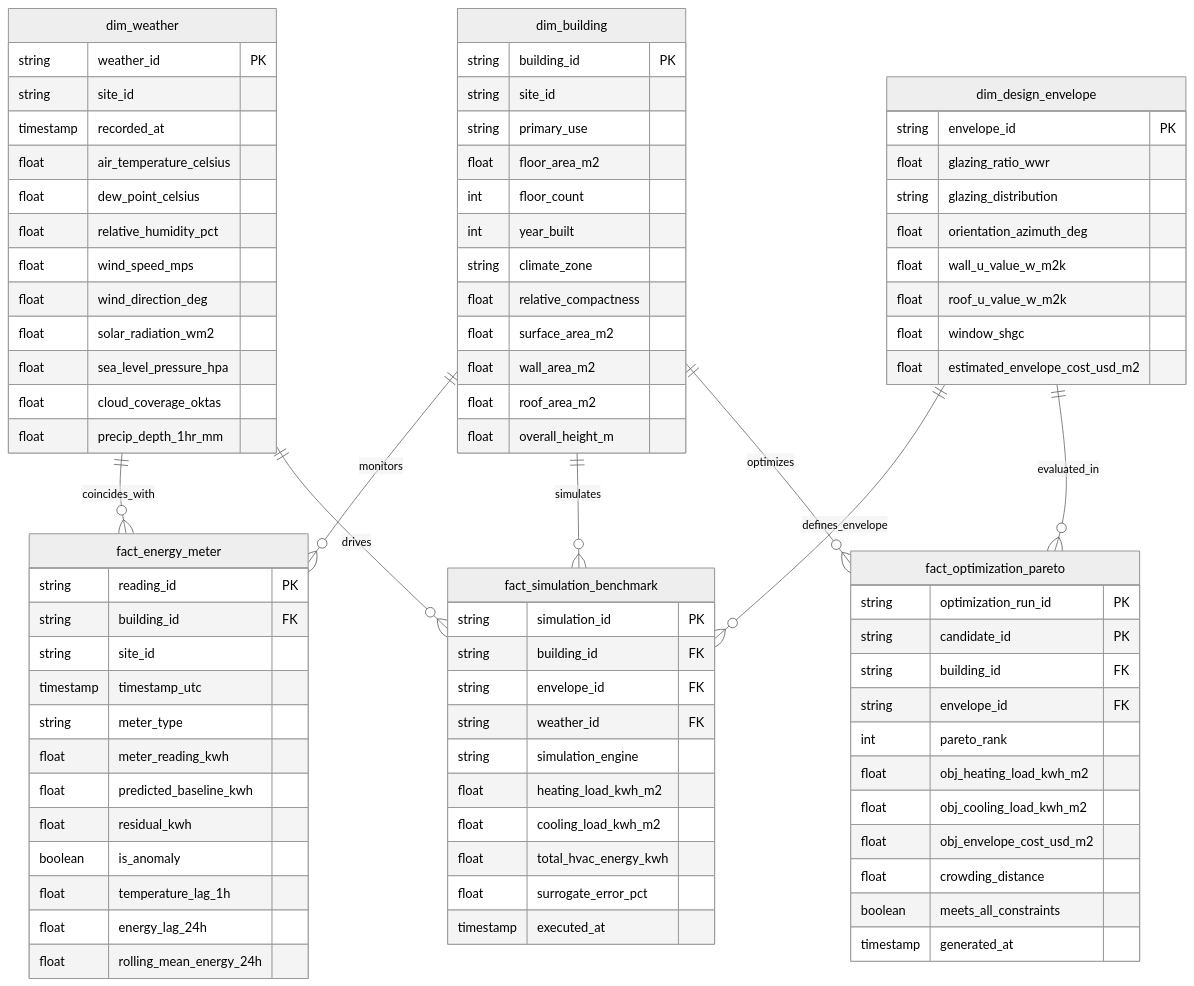
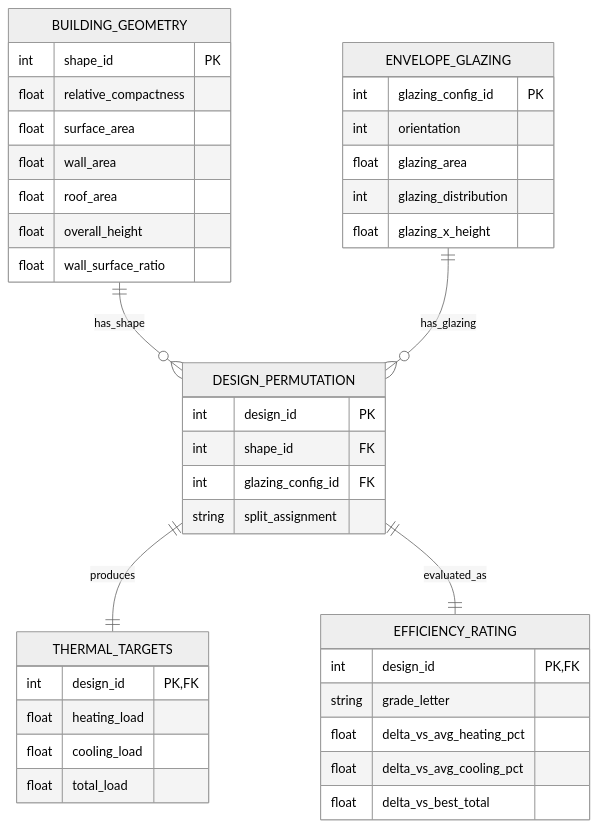
The diagram in Documentations/04_System_Analysis_and_Design/Database_Design_and_Data_Modeling.md (blurz17/NHA-5-165), drawn with Mermaid (neutral theme) before and after one commit. The commit also changed other lines of this file and 34 other files, not shown here.

````diff
--- a/Documentations/04_System_Analysis_and_Design/Database_Design_and_Data_Modeling.md
+++ b/Documentations/04_System_Analysis_and_Design/Database_Design_and_Data_Modeling.md
@@ -22,93 +84,47 @@
 ```mermaid
 erDiagram
-    dim_building ||--o{ fact_energy_meter : "monitors"
-    dim_building ||--o{ fact_simulation_benchmark : "simulates"
-    dim_building ||--o{ fact_optimization_pareto : "optimizes"
-    dim_weather ||--o{ fact_energy_meter : "coincides_with"
-    dim_weather ||--o{ fact_simulation_benchmark : "drives"
-    dim_design_envelope ||--o{ fact_simulation_benchmark : "defines_envelope"
-    dim_design_envelope ||--o{ fact_optimization_pareto : "evaluated_in"
+    BUILDING_GEOMETRY ||--o{ DESIGN_PERMUTATION : "has_shape"
+    ENVELOPE_GLAZING ||--o{ DESIGN_PERMUTATION : "has_glazing"
+    DESIGN_PERMUTATION ||--|| THERMAL_TARGETS : "produces"
+    DESIGN_PERMUTATION ||--|| EFFICIENCY_RATING : "evaluated_as"
 
-    dim_building {
-        string building_id PK
-        string site_id
-        string primary_use
-        float floor_area_m2
-        int floor_count
-        int year_built
-        string climate_zone
+    BUILDING_GEOMETRY {
+        int shape_id PK
         float relative_compactness
-        float surface_area_m2
-        float wall_area_m2
-        float roof_area_m2
-        float overall_height_m
+        float surface_area
+        float wall_area
+        float roof_area
+        float overall_height
+        float wall_surface_ratio
     }
 
-    dim_weather {
-        string weather_id PK
-        string site_id
-        timestamp recorded_at
-        float air_temperature_celsius
-        float dew_point_celsius
-        float relative_humidity_pct
-        float wind_speed_mps
-        float wind_direction_deg
-        float solar_radiation_wm2
-        float sea_level_pressure_hpa
-        float cloud_coverage_oktas
-        float precip_depth_1hr_mm
+    ENVELOPE_GLAZING {
+        int glazing_config_id PK
+        int orientation
+        float glazing_area
+        int glazing_distribution
+        float glazing_x_height
     }
 
-    dim_design_envelope {
-        string envelope_id PK
-        float glazing_ratio_wwr
-        string glazing_distribution
-        float orientation_azimuth_deg
-        float wall_u_value_w_m2k
-        float roof_u_value_w_m2k
-        float window_shgc
-        float estimated_envelope_cost_usd_m2
+    DESIGN_PERMUTATION {
+        int design_id PK
+        int shape_id FK
+        int glazing_config_id FK
+        string split_assignment
     }
 
-    fact_energy_meter {
-        string reading_id PK
-        string building_id FK
-        string site_id
-        timestamp timestamp_utc
-        string meter_type
-        float meter_reading_kwh
-        float predicted_baseline_kwh
-        float residual_kwh
-        boolean is_anomaly
-        float temperature_lag_1h
-        float energy_lag_24h
-        float rolling_mean_energy_24h
+    THERMAL_TARGETS {
+        int design_id PK, FK
+        float heating_load
+        float cooling_load
+        float total_load
     }
 
-    fact_simulation_benchmark {
-        string simulation_id PK
-        string building_id FK
-        string envelope_id FK
-        string weather_id FK
-        string simulation_engine
-        float heating_load_kwh_m2
-        float cooling_load_kwh_m2
-        float total_hvac_energy_kwh
-        float surrogate_error_pct
-        timestamp executed_at
-    }
-
-    fact_optimization_pareto {
-        string optimization_run_id PK
-        string candidate_id PK
-        string building_id FK
-        string envelope_id FK
-        int pareto_rank
-        float obj_heating_load_kwh_m2
-        float obj_cooling_load_kwh_m2
-        float obj_envelope_cost_usd_m2
-        float crowding_distance
-        boolean meets_all_constraints
-        timestamp generated_at
+    EFFICIENCY_RATING {
+        int design_id PK, FK
+        string grade_letter
+        float delta_vs_avg_heating_pct
+        float delta_vs_avg_cooling_pct
+        float delta_vs_best_total
     }
 ```
````
